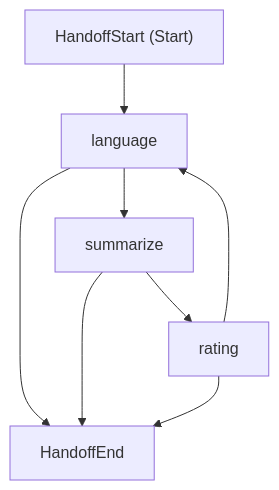
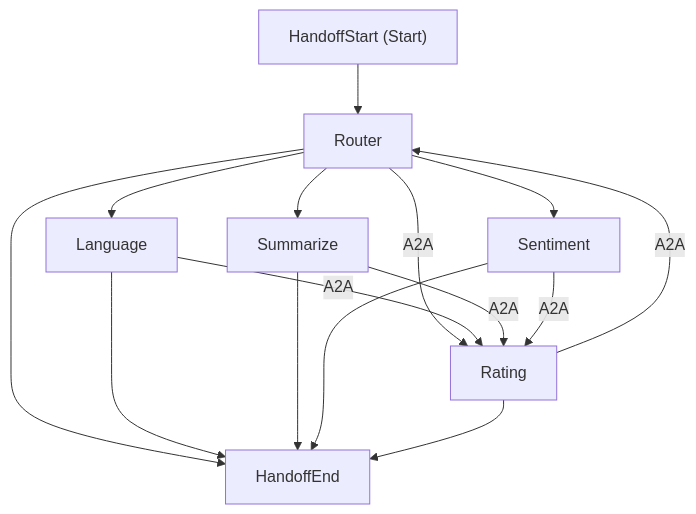
One commit to foxminchan/BookWorm changed the diagram in docs/eventcatalog/domains/Store/subdomains/Catalog/services/RatingService/queries/SummarizeFeedback/index.mdx. Above: the diagram before and after it, drawn with Mermaid. The commit also changed 23 other files, not shown here.

````diff
--- a/docs/eventcatalog/domains/Store/subdomains/Catalog/services/RatingService/queries/SummarizeFeedback/index.mdx
+++ b/docs/eventcatalog/domains/Store/subdomains/Catalog/services/RatingService/queries/SummarizeFeedback/index.mdx
@@ -63,16 +63,29 @@
 ```mermaid
 flowchart TD
-  HandoffStart["HandoffStart (Start)"];
-  language["language"];
-  summarize["summarize"];
-  HandoffEnd["HandoffEnd"];
-  rating["rating"];
+  HandoffStart["HandoffStart (Start)"]
+  Router["Router"]
+  Language["Language"]
+  Summarize["Summarize"]
+  Sentiment["Sentiment"]
+  Rating["Rating"]
+  HandoffEnd["HandoffEnd"]
 
-  HandoffStart --> language;
-  language --> summarize;
-  language --> HandoffEnd;
-  summarize --> rating;
-  summarize --> HandoffEnd;
-  rating --> language;
-  rating --> HandoffEnd;
+  HandoffStart --> Router
+  Router --> Language
+  Router --> Summarize
+  Router --> Sentiment
+  Router --A2A--> Rating
+  Router --> HandoffEnd
+
+  Language --A2A--> Rating
+  Language --> HandoffEnd
+
+  Summarize --A2A--> Rating
+  Summarize --> HandoffEnd
+
+  Sentiment --A2A--> Rating
+  Sentiment --> HandoffEnd
+
+  Rating --A2A--> Router
+  Rating --> HandoffEnd
 ```
````
